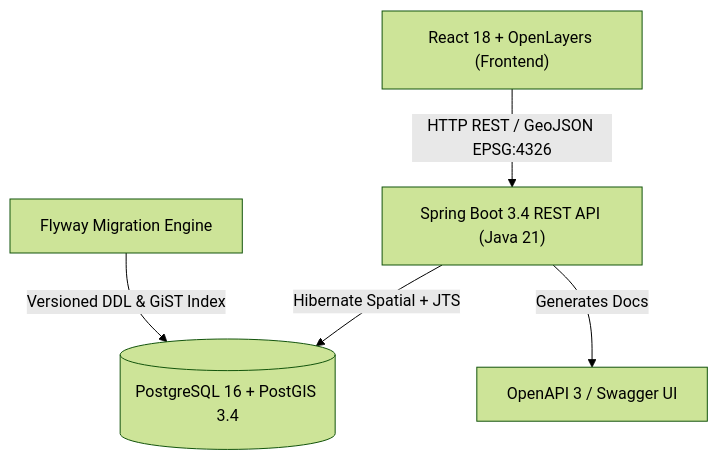
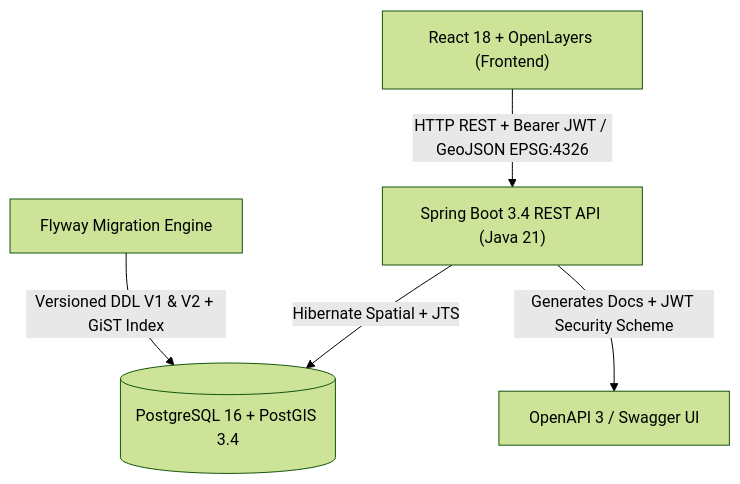
Before and after one commit to Goguel/LandMark: the diagram in README.md, drawn with Mermaid (forest theme). The commit also changed other lines of this file, not shown here.

Commit message:
docs: update readme with jwt auth, portfolio features, api endpoints and test metrics

````diff
--- a/README.md
+++ b/README.md
@@ -52,13 +56,13 @@
 ```mermaid
 graph TD
     Client["React 18 + OpenLayers (Frontend)"]
     API["Spring Boot 3.4 REST API (Java 21)"]
     Flyway["Flyway Migration Engine"]
     DB[("PostgreSQL 16 + PostGIS 3.4")]
     Swagger["OpenAPI 3 / Swagger UI"]
 
-    Client -->|HTTP REST / GeoJSON EPSG:4326| API
+    Client -->|HTTP REST + Bearer JWT / GeoJSON EPSG:4326| API
     API -->|Hibernate Spatial + JTS| DB
-    Flyway -->|Versioned DDL & GiST Index| DB
-    API -->|Generates Docs| Swagger
+    Flyway -->|Versioned DDL V1 & V2 + GiST Index| DB
+    API -->|Generates Docs + JWT Security Scheme| Swagger
 ```
````
